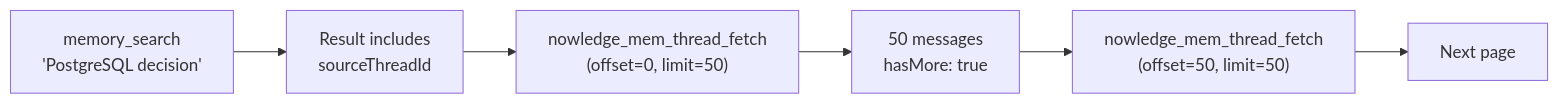
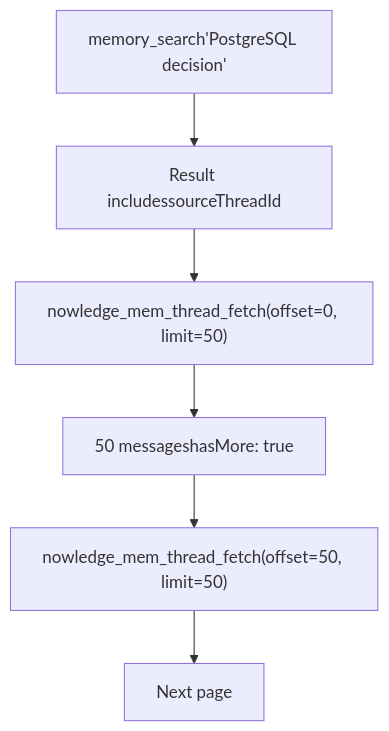
One commit to nowledge-co/community changed the third of 5 diagrams in nowledge-mem-openclaw-plugin/README.md. Above: the diagram before and after it, drawn with Mermaid. The commit also changed other lines of this file and 4 other files, not shown here.

````diff
--- a/nowledge-mem-openclaw-plugin/README.md
+++ b/nowledge-mem-openclaw-plugin/README.md
@@ -135,8 +135,8 @@
 ```mermaid
-flowchart LR
-    A["memory_search\n'PostgreSQL decision'"] --> B["Result includes\nsourceThreadId"]
-    B --> C["nowledge_mem_thread_fetch\n(offset=0, limit=50)"]
-    C --> D["50 messages\nhasMore: true"]
-    D --> E["nowledge_mem_thread_fetch\n(offset=50, limit=50)"]
+flowchart TD
+    A["memory_search'PostgreSQL decision'"] --> B["Result includessourceThreadId"]
+    B --> C["nowledge_mem_thread_fetch(offset=0, limit=50)"]
+    C --> D["50 messageshasMore: true"]
+    D --> E["nowledge_mem_thread_fetch(offset=50, limit=50)"]
     E --> F["Next page"]
 ```
````
